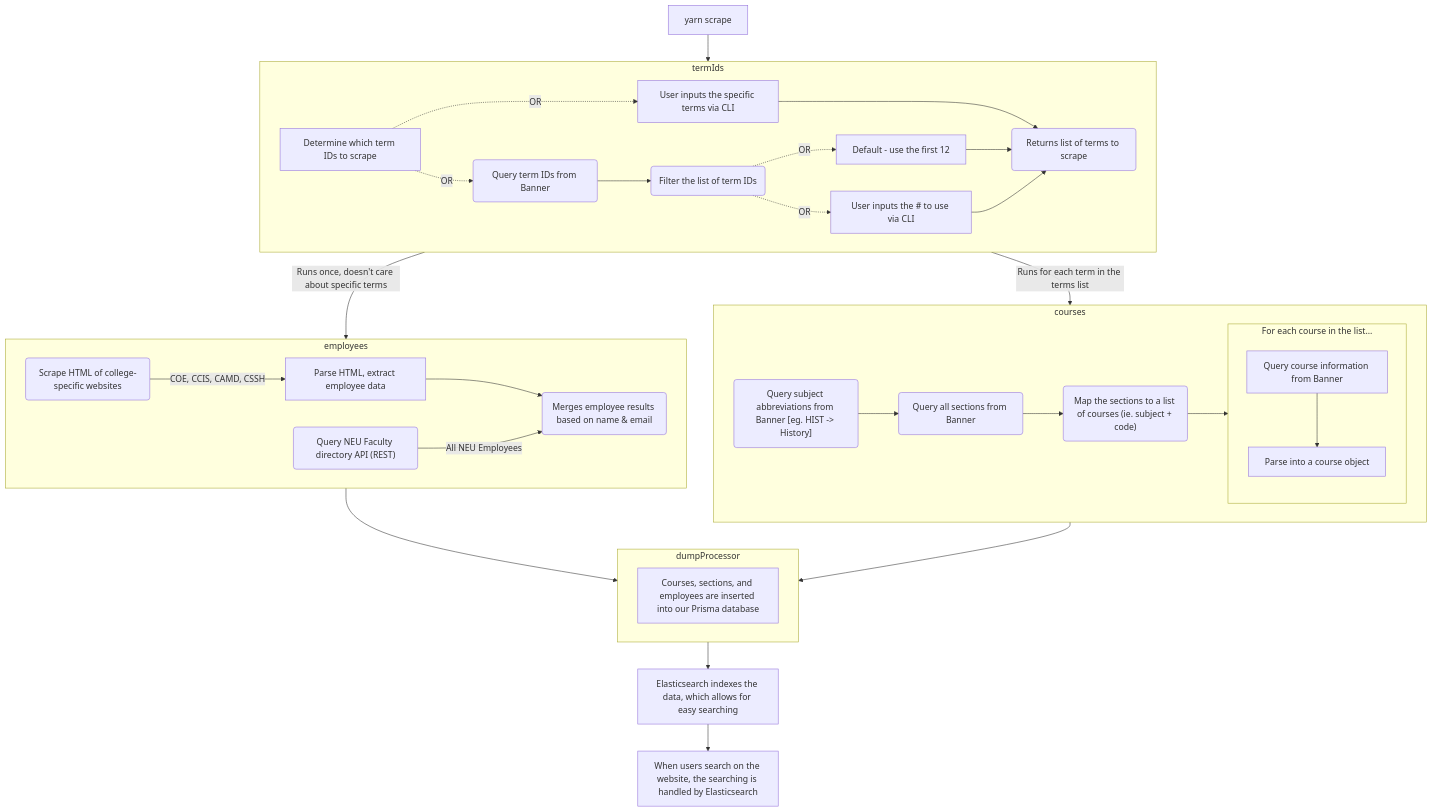
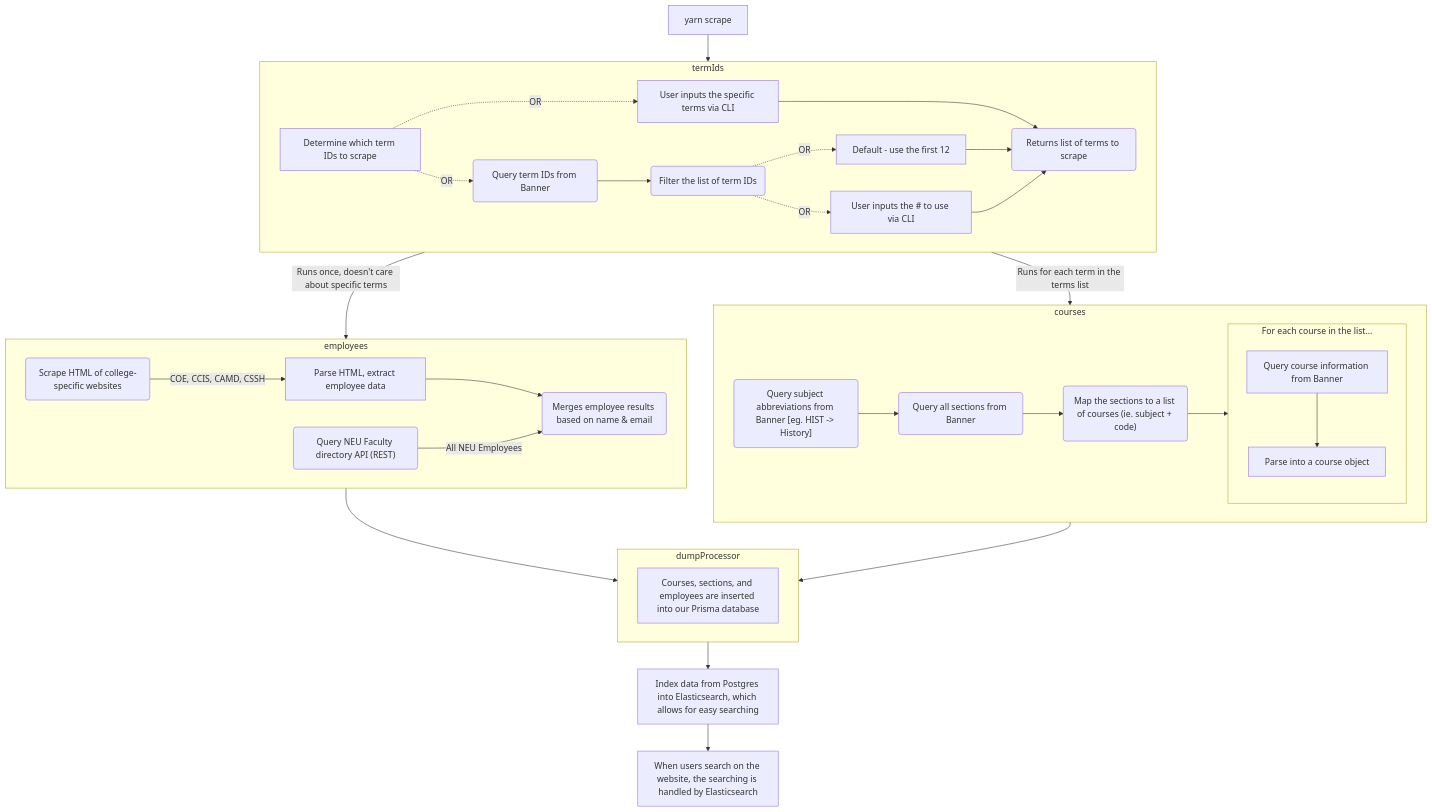
One commit to sandboxnu/course-catalog-api changed the second of 2 diagrams in README.md. Above: the diagram before and after it, drawn with Mermaid.

````diff
--- a/README.md
+++ b/README.md
@@ -33,48 +33,48 @@
 ```mermaid
 flowchart TD
   A[yarn scrape] --> termIds
   subgraph termIds
     TERM_A[Determine which term IDs to scrape]
     TERM_A -.->|OR| TERM_F[User inputs the specific terms via CLI]
     TERM_F ---> TERM_DONE
     TERM_A -.->|OR| TERM_B(Query term IDs from Banner)
     TERM_B --> TERM_C("Filter the list of term IDs")
     TERM_C -.->|OR| TERM_D[Default - use the first 12]
     TERM_C -.->|OR| TERM_D2[User inputs the # to use via CLI]
     TERM_DONE(Returns list of terms to scrape)
     TERM_D --> TERM_DONE
     TERM_D2 --> TERM_DONE
   end
 
   subgraph employees
     EMP_F(Scrape HTML of college-specific websites)
     EMP_F -->|COE, CCIS, CAMD, CSSH| EMP_F2[Parse HTML, extract employee data]
     EMP_G("Query NEU Faculty directory API (REST)")
     EMP_F2 --> EMP_H(Merges employee results based on name & email)
     EMP_G -->|All NEU Employees| EMP_H
 
   end
   subgraph courses
     I("Query subject abbreviations from Banner [eg. HIST -> History]")
     I --> J(Query all sections from Banner)
     J --> J2("Map the sections to a list of courses (ie. subject + code)")
     J2 --> course
     subgraph course[For each course in the list...]
     direction TB
         K[Query course information from Banner]
         K --> L[Parse into a course object]
     end
   end
 
   subgraph dumpProcessor
     DMP_K[Courses, sections, and employees are inserted into our Prisma database]
   end
   
   termIds -->|Runs once, doesn't care about specific terms| employees
   termIds -->|Runs for each term in the terms list| courses
 
     employees --> dumpProcessor
     courses --> dumpProcessor
-    dumpProcessor --> ES["Elasticsearch indexes the data, which allows for easy searching"]
+    dumpProcessor --> ES["Index data from Postgres into Elasticsearch, which allows for easy searching"]
     ES --> DONE["When users search on the website, the searching is handled by Elasticsearch"]
 ```
````
